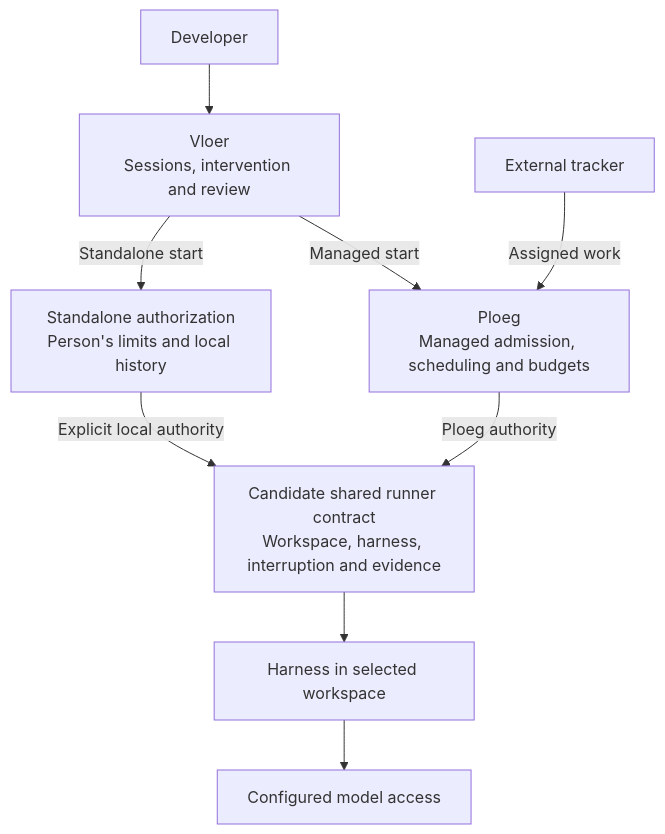
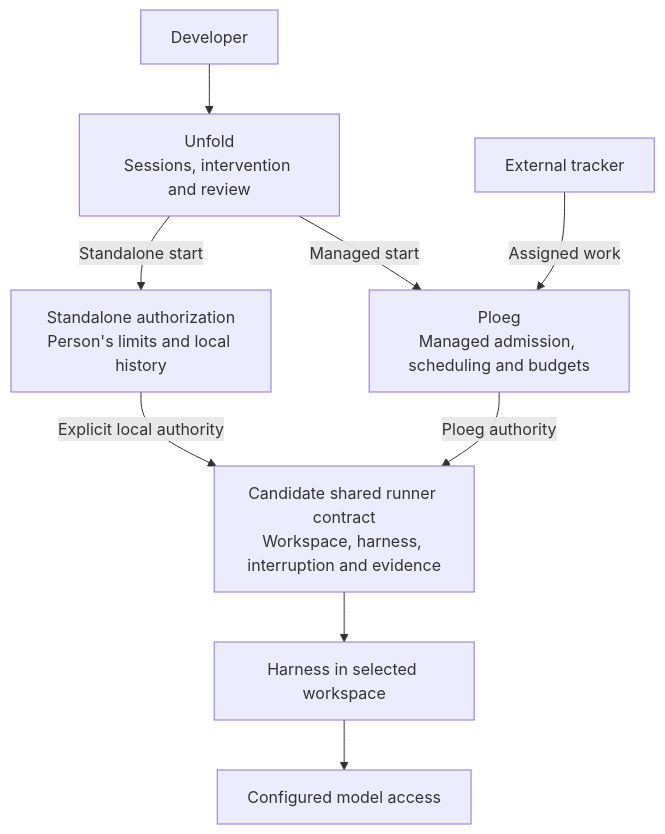
Before and after one commit to webgrip/unfold: diagram 13 of 14 in docs/landscape/c4.md, drawn with Mermaid. The commit also changed other lines of this file and 1136 other files, not shown here.

````diff
--- a/docs/landscape/c4.md
+++ b/docs/landscape/c4.md
@@ -373,19 +373,19 @@
 ```mermaid
 flowchart TB
     human["Developer"]
-    vloer["Vloer<br/>Sessions, intervention and review"]
+    unfold["Unfold<br/>Sessions, intervention and review"]
     local["Standalone authorization<br/>Person's limits and local history"]
     ploeg["Ploeg<br/>Managed admission, scheduling and budgets"]
     tracker["External tracker"]
     runner["Candidate shared runner contract<br/>Workspace, harness, interruption and evidence"]
     harness["Harness in selected workspace"]
     model["Configured model access"]
-    human --> vloer
-    vloer -->|Standalone start| local
-    vloer -->|Managed start| ploeg
+    human --> unfold
+    unfold -->|Standalone start| local
+    unfold -->|Managed start| ploeg
     tracker -->|Assigned work| ploeg
     local -->|Explicit local authority| runner
     ploeg -->|Ploeg authority| runner
     runner --> harness
     harness --> model
 ```
````
